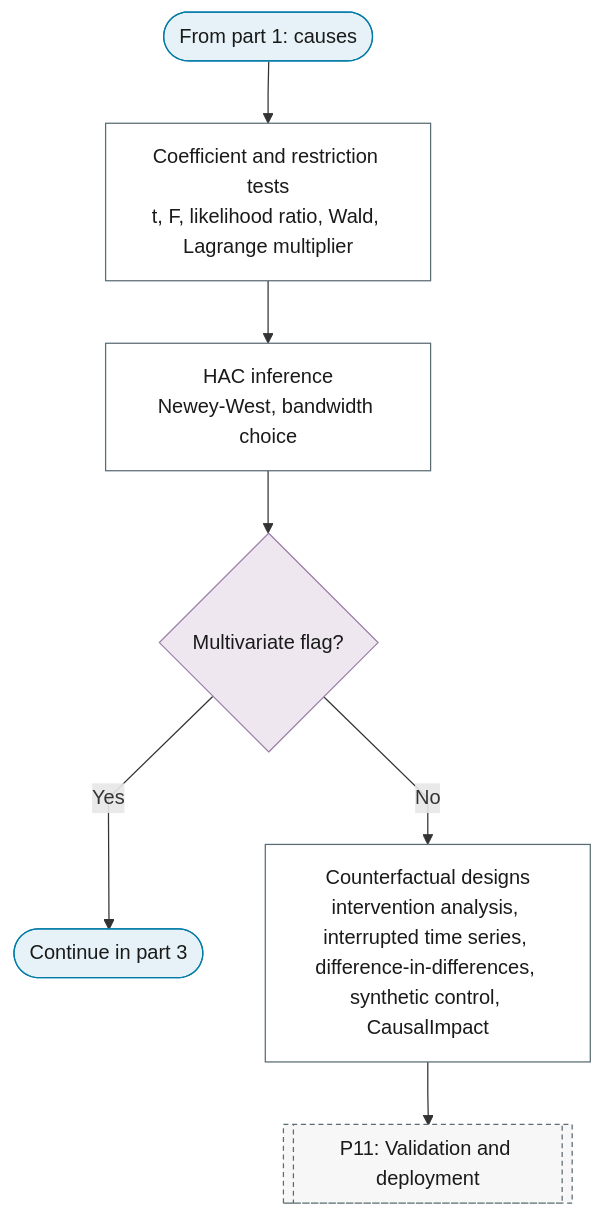
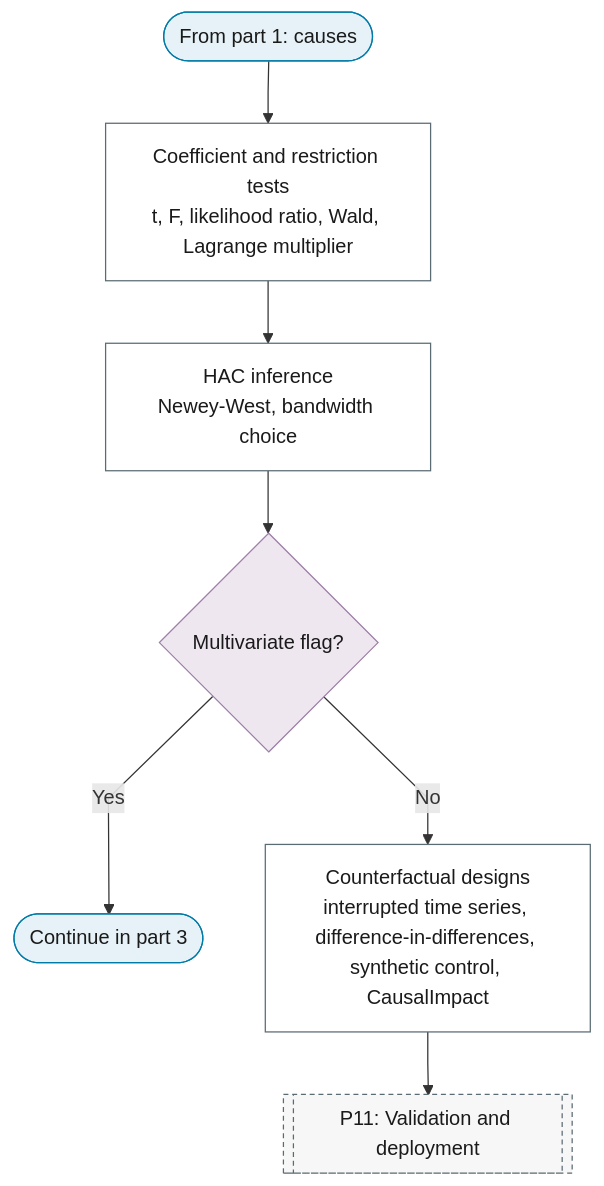
The second of 5 diagrams in docs/01-workflow/p10-inference.md (Shuxin-Y/time-series-analysis-manual), drawn with Mermaid before and after one commit. The commit also changed other lines of this file and 6 other files, not shown here.

````diff
--- a/docs/01-workflow/p10-inference.md
+++ b/docs/01-workflow/p10-inference.md
@@ -58,22 +58,22 @@
 ```mermaid
 %%{init: {"flowchart": {"curve": "linear"}}}%%
 graph TD
     P10_PART_2_IN(["From part 1: causes"]) --> P10_COEFFICIENT_TESTS["Coefficient and restriction tests<br/>t, F, likelihood ratio, Wald, Lagrange multiplier"]
     P10_COEFFICIENT_TESTS --> P10_HAC["HAC inference<br/>Newey-West, bandwidth choice"]
     P10_HAC --> P10_SYSTEM{"Multivariate flag?"}
     P10_SYSTEM -->|"Yes"| P10_TO_PART_3(["Continue in part 3"])
-    P10_SYSTEM -->|"No"| P10_COUNTERFACTUALS["Counterfactual designs<br/>intervention analysis, interrupted time series, difference-in-differences, synthetic control, CausalImpact"]
+    P10_SYSTEM -->|"No"| P10_COUNTERFACTUALS["Counterfactual designs<br/>interrupted time series, difference-in-differences, synthetic control, CausalImpact"]
     P10_COUNTERFACTUALS --> P11[["P11: Validation and deployment"]]
     class P10_PART_2_IN,P10_TO_PART_3 terminator
     class P10_SYSTEM decision
     class P10_COEFFICIENT_TESTS,P10_HAC,P10_COUNTERFACTUALS process
     class P11 ref
     classDef terminator fill:#E6F2F7,stroke:#007BA7,color:#1A1A1A;
     classDef process fill:#FFFFFF,stroke:#5A6B73,color:#1A1A1A;
     classDef decision fill:#EFE7F0,stroke:#9B7FA7,color:#1A1A1A;
     classDef data fill:#FFF4E0,stroke:#C9A55E,color:#1A1A1A;
     classDef good fill:#DCEFD8,stroke:#4A7A3F,color:#1A1A1A;
     classDef escalate fill:#FFE9C2,stroke:#C9A55E,color:#1A1A1A;
     classDef problem fill:#F2D9DE,stroke:#800020,color:#1A1A1A;
     classDef ref fill:#F7F7F7,stroke:#5A6B73,color:#1A1A1A,stroke-dasharray:4 3;
 ```
````
